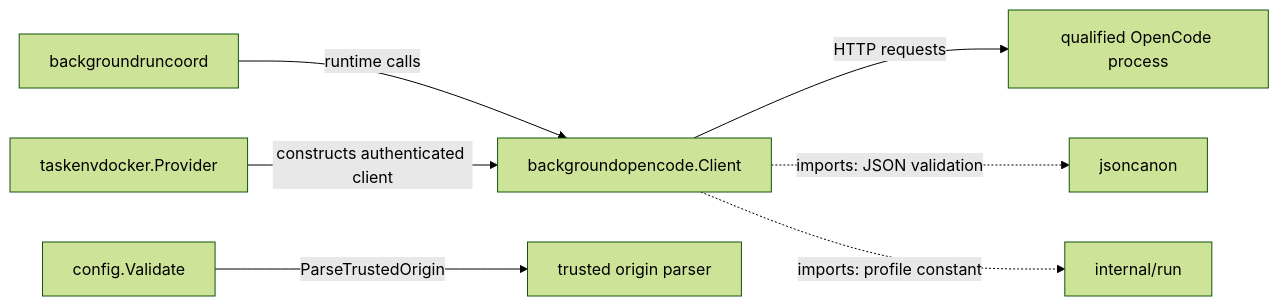
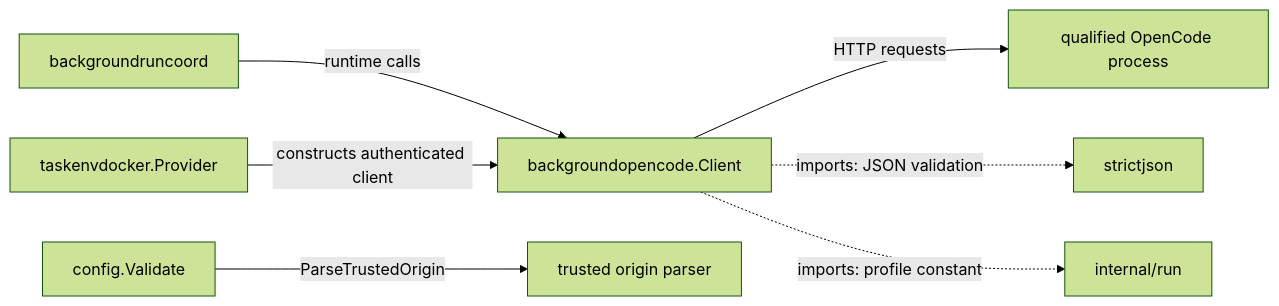
Before and after one commit to nebler/fern: the first of 2 diagrams in internal/backgroundopencode/README.md, drawn with Mermaid (forest theme). The commit also changed other lines of this file and 47 other files, not shown here.

````diff
--- a/internal/backgroundopencode/README.md
+++ b/internal/backgroundopencode/README.md
@@ -19,9 +19,9 @@
 ```mermaid
 flowchart LR
   coord["backgroundruncoord"] -->|"runtime calls"| client["backgroundopencode.Client"]
   docker["taskenvdocker.Provider"] -->|"constructs authenticated client"| client
   client -->|"HTTP requests"| source["qualified OpenCode process"]
   config["config.Validate"] -->|"ParseTrustedOrigin"| origin["trusted origin parser"]
-  client -.->|"imports: JSON validation"| canon["jsoncanon"]
+  client -.->|"imports: JSON validation"| canon["strictjson"]
   client -.->|"imports: profile constant"| run["internal/run"]
 ```
````
